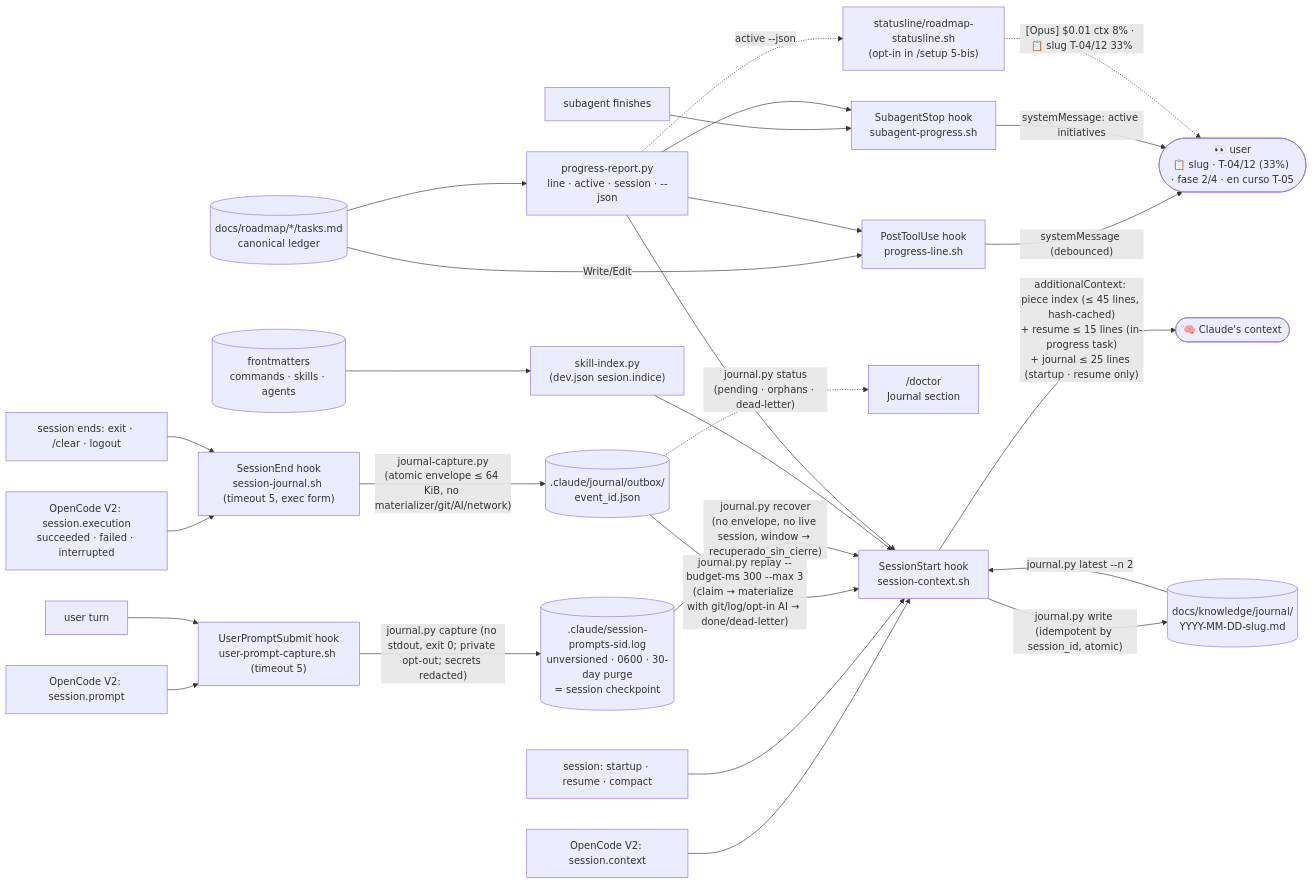
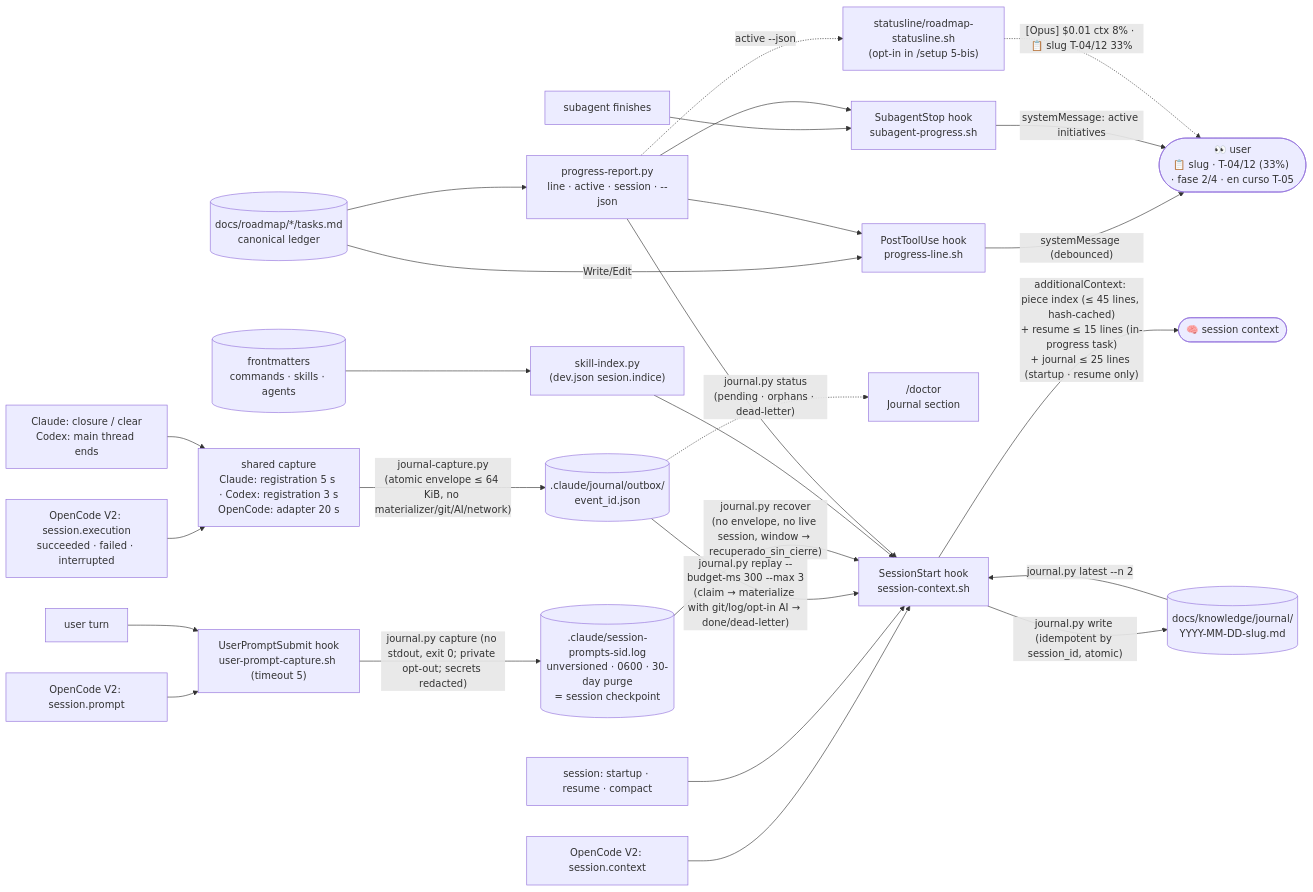
One commit to daycry/custom-agents changed diagram 11 of 16 in docs/en/FLOWS.md. Above: the diagram before and after it, drawn with Mermaid. The commit also changed other lines of this file and 17 other files, not shown here.

````diff
--- a/docs/en/FLOWS.md
+++ b/docs/en/FLOWS.md
@@ -334,27 +337,27 @@
 ```mermaid
 flowchart LR
     L[("docs/roadmap/*/tasks.md<br/>canonical ledger")] -->|Write/Edit| H1["PostToolUse hook<br/>progress-line.sh"]
     H1 -->|"systemMessage (debounced)"| U(["👀 user<br/>📋 slug · T-04/12 (33%) · fase 2/4 · en curso T-05"])
     SA["subagent finishes"] --> H2["SubagentStop hook<br/>subagent-progress.sh"]
     H2 -->|"systemMessage: active initiatives"| U
     OC["OpenCode V2: session.context"] --> H3
     OCP["OpenCode V2: session.prompt"] --> H5
     OCI["OpenCode V2: session.execution<br/>succeeded · failed · interrupted"] --> H4
     SS["session: startup · resume · compact"] --> H3["SessionStart hook<br/>session-context.sh"]
-    H3 -->|"additionalContext: piece index (≤ 45 lines, hash-cached)<br/>+ resume ≤ 15 lines (in-progress task)<br/>+ journal ≤ 25 lines (startup · resume only)"| C(["🧠 Claude's context"])
+    H3 -->|"additionalContext: piece index (≤ 45 lines, hash-cached)<br/>+ resume ≤ 15 lines (in-progress task)<br/>+ journal ≤ 25 lines (startup · resume only)"| C(["🧠 session context"])
     UP["user turn"] --> H5["UserPromptSubmit hook<br/>user-prompt-capture.sh (timeout 5)"]
     H5 -->|"journal.py capture (no stdout, exit 0; private opt-out; secrets redacted)"| LOG[(".claude/session-prompts-sid.log<br/>unversioned · 0600 · 30-day purge<br/>= session checkpoint")]
-    SE["session ends: exit · /clear · logout"] --> H4["SessionEnd hook<br/>session-journal.sh (timeout 5, exec form)"]
+    SE["Claude: closure / clear<br/>Codex: main thread ends"] --> H4["shared capture<br/>Claude: registration 5 s · Codex: registration 3 s<br/>OpenCode: adapter 20 s"]
     H4 -->|"journal-capture.py<br/>(atomic envelope ≤ 64 KiB, no materializer/git/AI/network)"| OB[(".claude/journal/outbox/<br/>event_id.json")]
     OB -->|"journal.py replay --budget-ms 300 --max 3<br/>(claim → materialize with git/log/opt-in AI → done/dead-letter)"| H3
     LOG -->|"journal.py recover<br/>(no envelope, no live session, window → recuperado_sin_cierre)"| H3
     H3 -->|"journal.py write (idempotent by session_id, atomic)"| J[("docs/knowledge/journal/<br/>YYYY-MM-DD-slug.md")]
     J -->|"journal.py latest --n 2"| H3
     OB -.->|"journal.py status<br/>(pending · orphans · dead-letter)"| DOC["/doctor<br/>Journal section"]
     FM[("frontmatters<br/>commands · skills · agents")] --> SI["skill-index.py<br/>(dev.json sesion.indice)"]
     SI --> H3
     L --> P["progress-report.py<br/>line · active · session · --json"]
     P --> H1 & H2 & H3
     P -.->|"active --json"| SL["statusline/roadmap-statusline.sh<br/>(opt-in in /setup 5-bis)"]
     SL -.->|"[Opus] $0.01 ctx 8% · 📋 slug T-04/12 33%"| U
 ```
````
